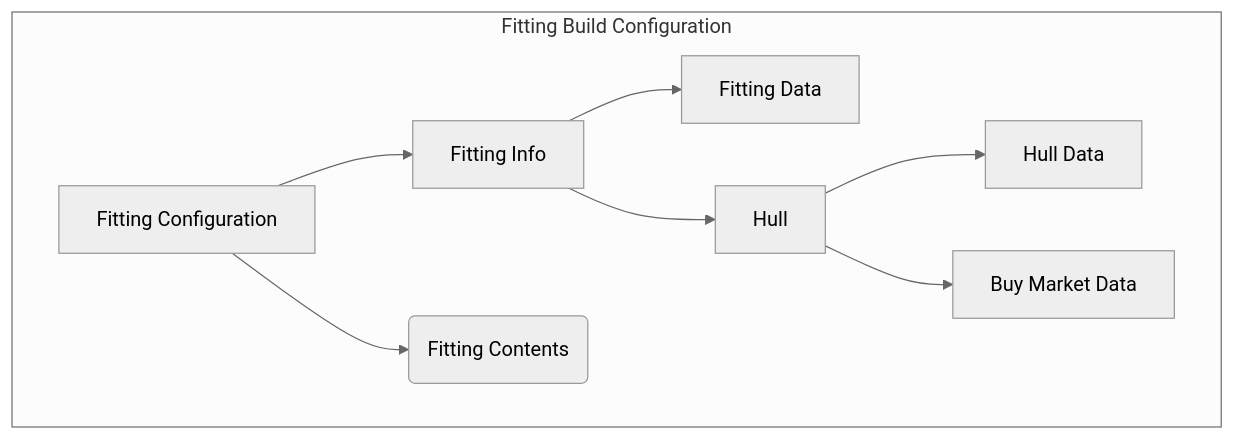
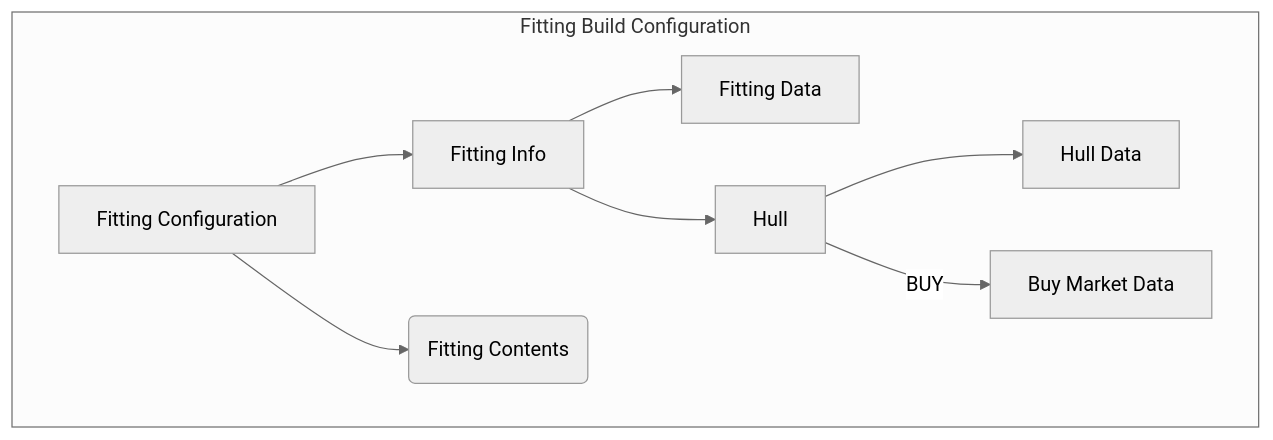
Before and after one commit to AdamAntinoo/neocom-infinity: the first of 2 diagrams in NeoCom-Infinity-Frontend/ProjectControl/PROJECT NOTES.md, drawn with Mermaid (neutral theme). The commit also changed other lines of this file and 9 other files, not shown here.

````diff
--- a/NeoCom-Infinity-Frontend/ProjectControl/PROJECT NOTES.md
+++ b/NeoCom-Infinity-Frontend/ProjectControl/PROJECT NOTES.md
@@ -27,12 +27,12 @@
 ```mermaid
 graph TB
 
     subgraph "Fitting Build Configuration"
     Node1[Fitting Configuration] --> Node2[Fitting Info]
     Node1 --> SubGraph1(Fitting Contents)
     Node2 --> Node4[Fitting Data]
     Node2 --> Node5[Hull]
     Node5 --> Node8[Hull Data]
-    Node5 --> Node9[Buy Market Data]    
+    Node5 -- BUY --> Node9[Buy Market Data]    
 end
 ```
````
